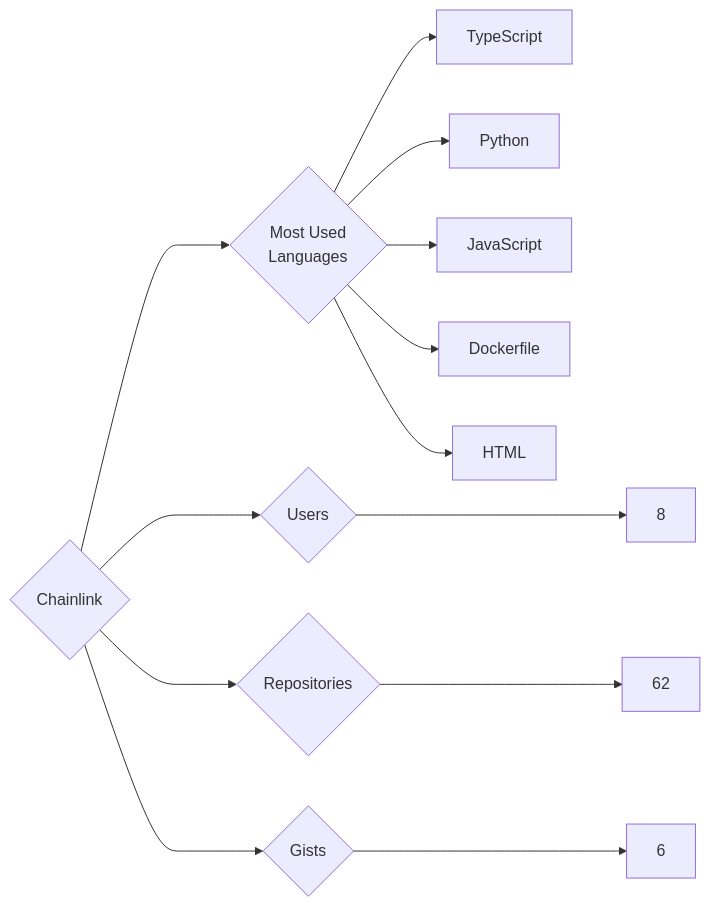
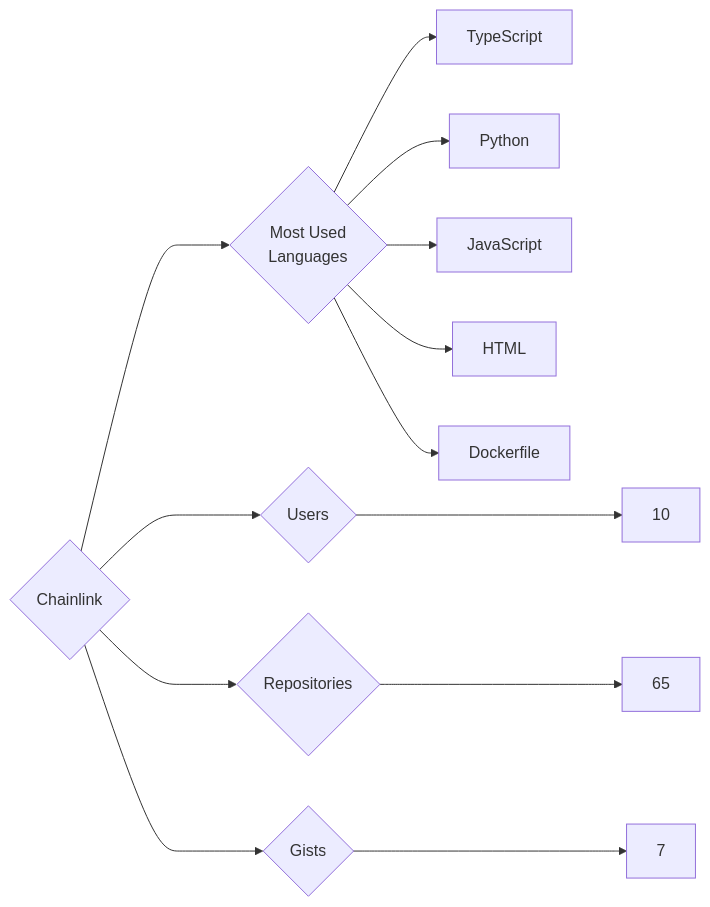
One commit to trickest/insiders changed the diagram in targets/Chainlink/README.md. Above: the diagram before and after it, drawn with Mermaid. The commit also changed 815 other files, not shown here.

````diff
--- a/targets/Chainlink/README.md
+++ b/targets/Chainlink/README.md
@@ -3,13 +3,13 @@
 ```mermaid
 graph LR
 COMPANY_NAME{Chainlink}
-COMPANY_NAME ---> U{Users} ---> UN[8]
-COMPANY_NAME ---> R{Repositories} ---> RN[62]
-COMPANY_NAME ---> G{Gists} ---> GN[6]
+COMPANY_NAME ---> U{Users} ---> UN[10]
+COMPANY_NAME ---> R{Repositories} ---> RN[65]
+COMPANY_NAME ---> G{Gists} ---> GN[7]
 COMPANY_NAME ---> ML{Most Used<br>Languages}
 ML --> TypeScript[TypeScript]
 ML --> Python[Python]
 ML --> JavaScript[JavaScript]
+ML --> HTML[HTML]
 ML --> Dockerfile[Dockerfile]
-ML --> HTML[HTML]
 ```
````
